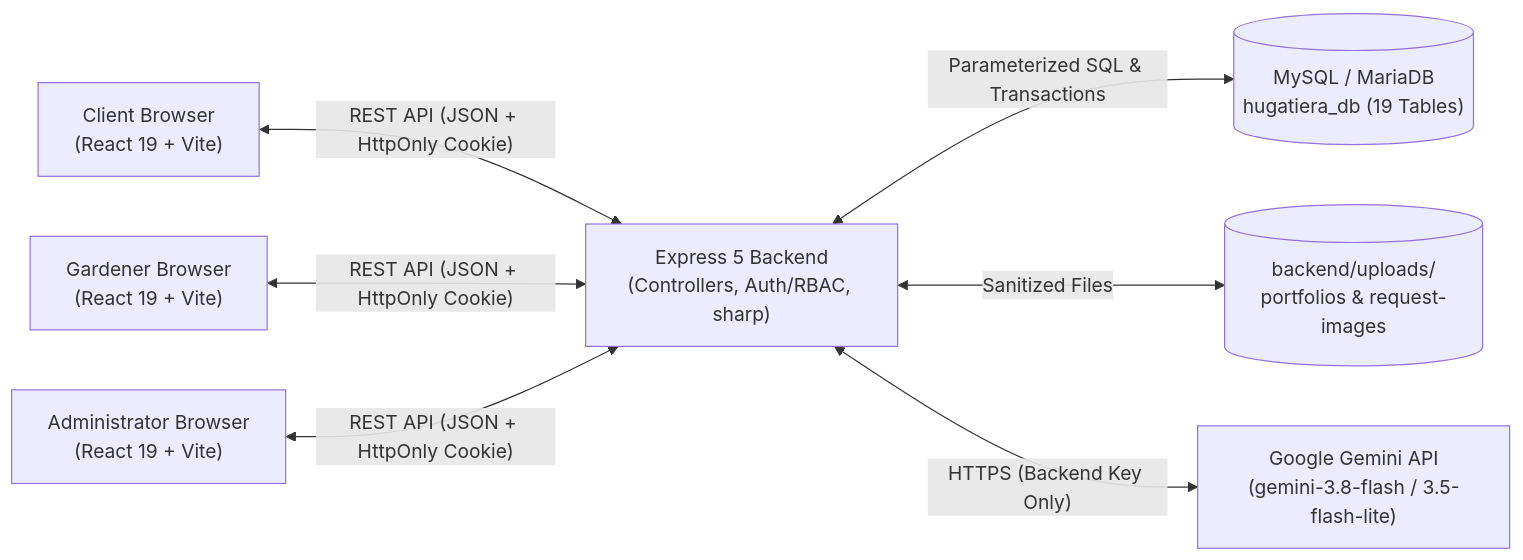
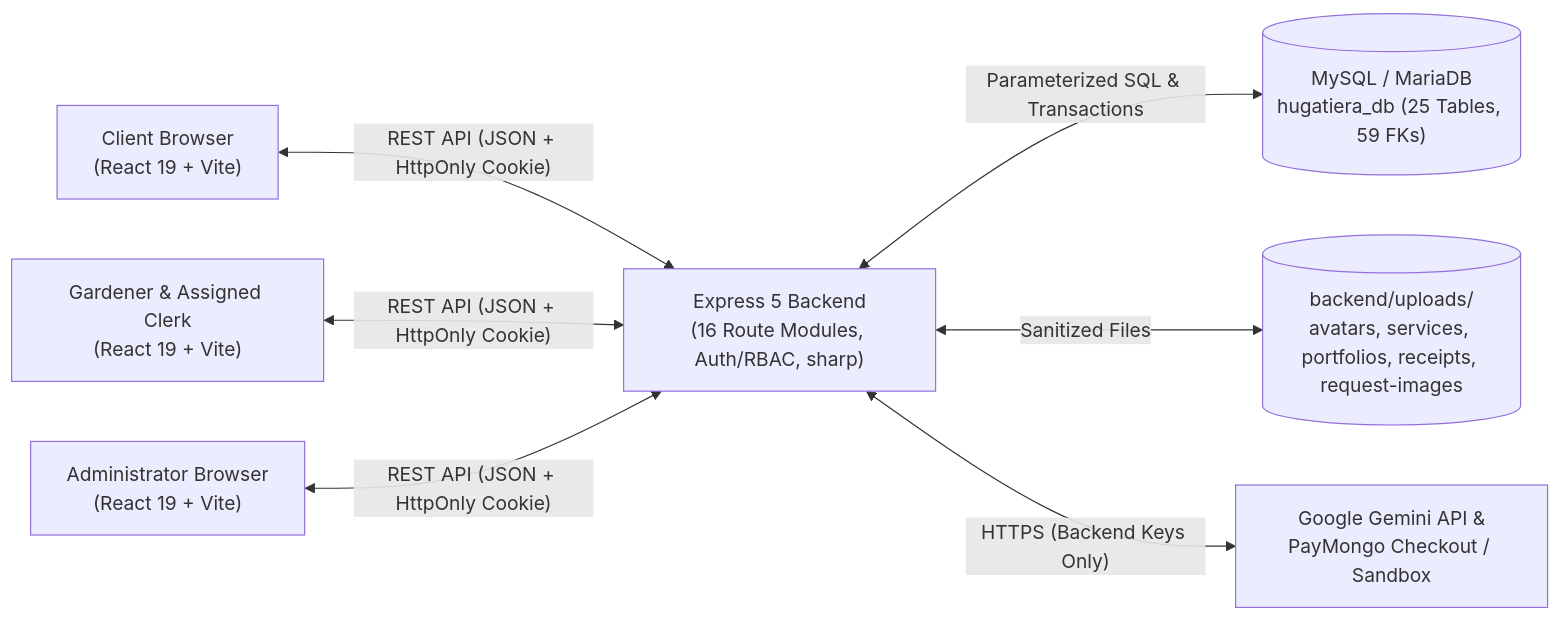
One commit to JohanBuenaventura/HugaTiera changed the first of 2 diagrams in README.md. Above: the diagram before and after it, drawn with Mermaid. The commit also changed other lines of this file, not shown here.

````diff
--- a/README.md
+++ b/README.md
@@ -70,9 +71,9 @@
 ```mermaid
 flowchart LR
-  Client["Client Browser<br/>(React 19 + Vite)"] <-->|"REST API (JSON + HttpOnly Cookie)"| API["Express 5 Backend<br/>(Controllers, Auth/RBAC, sharp)"]
-  Gardener["Gardener Browser<br/>(React 19 + Vite)"] <-->|"REST API (JSON + HttpOnly Cookie)"| API
+  Client["Client Browser<br/>(React 19 + Vite)"] <-->|"REST API (JSON + HttpOnly Cookie)"| API["Express 5 Backend<br/>(16 Route Modules, Auth/RBAC, sharp)"]
+  Gardener["Gardener & Assigned Clerk<br/>(React 19 + Vite)"] <-->|"REST API (JSON + HttpOnly Cookie)"| API
   Admin["Administrator Browser<br/>(React 19 + Vite)"] <-->|"REST API (JSON + HttpOnly Cookie)"| API
-  API <-->|"Parameterized SQL & Transactions"| DB[("MySQL / MariaDB<br/>hugatiera_db (19 Tables)")]
-  API <-->|"Sanitized Files"| Uploads[("backend/uploads/<br/>portfolios & request-images")]
-  API <-->|"HTTPS (Backend Key Only)"| Gemini["Google Gemini API<br/>(gemini-3.8-flash / 3.5-flash-lite)"]
+  API <-->|"Parameterized SQL & Transactions"| DB[("MySQL / MariaDB<br/>hugatiera_db (25 Tables, 59 FKs)")]
+  API <-->|"Sanitized Files"| Uploads[("backend/uploads/<br/>avatars, services, portfolios, receipts, request-images")]
+  API <-->|"HTTPS (Backend Keys Only)"| External["Google Gemini API &<br/>PayMongo Checkout / Sandbox"]
 ```
````
